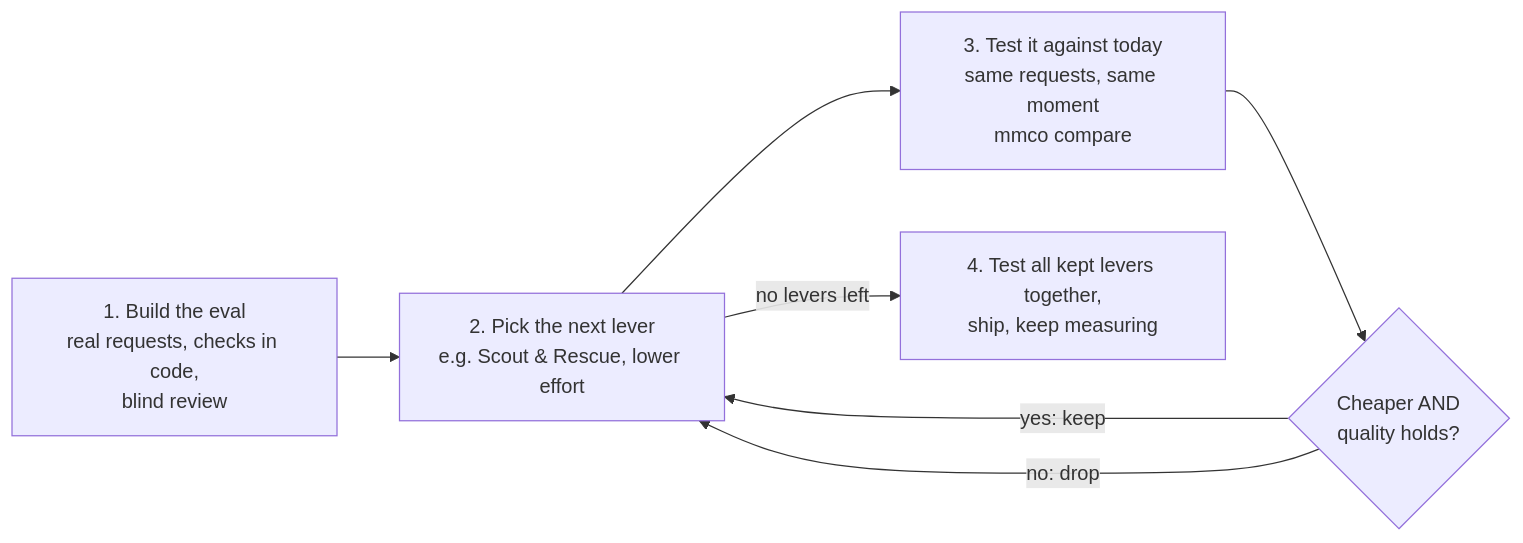
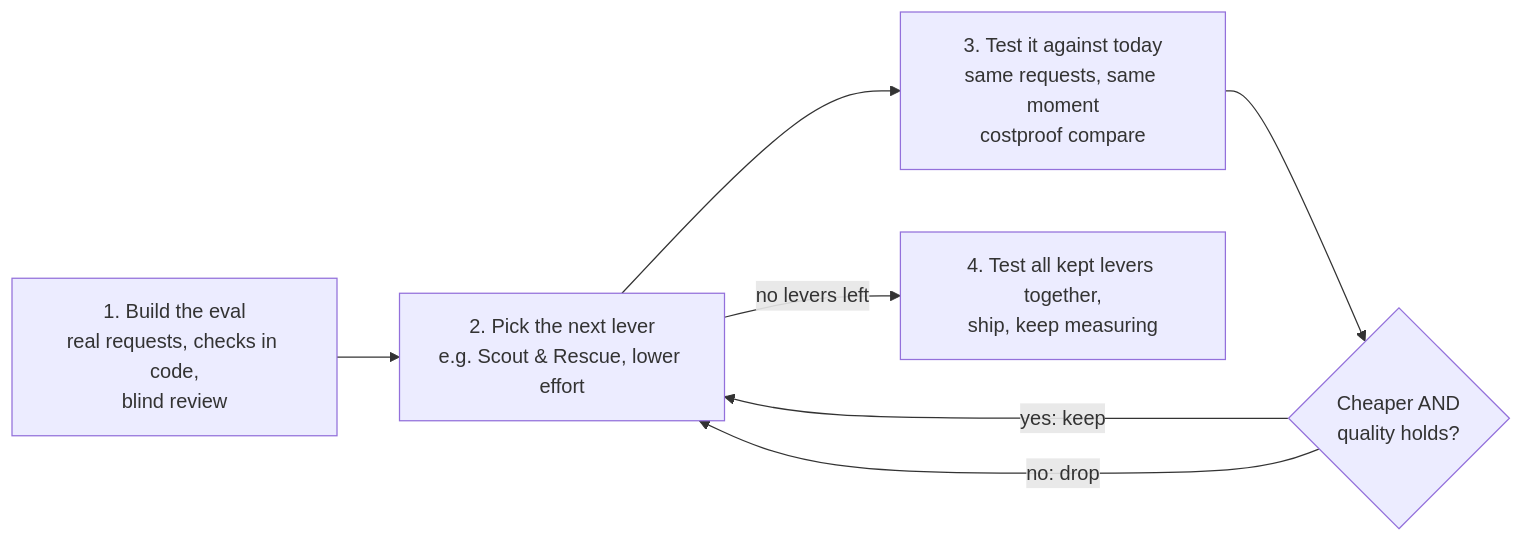
The second of 2 diagrams in README.md (AndyJakob78/valueproof), drawn with Mermaid before and after one commit. The commit also changed other lines of this file and 25 other files, not shown here.

````diff
--- a/README.md
+++ b/README.md
@@ -196,9 +196,9 @@
 ```mermaid
 flowchart LR
     E["1. Build the eval<br/>real requests, checks in code,<br/>blind review"] --> L["2. Pick the next lever<br/>e.g. Scout & Rescue, lower effort"]
-    L --> T["3. Test it against today<br/>same requests, same moment<br/>mmco compare"]
+    L --> T["3. Test it against today<br/>same requests, same moment<br/>costproof compare"]
     T --> D{"Cheaper AND<br/>quality holds?"}
     D -- "yes: keep" --> L
     D -- "no: drop" --> L
     L -- "no levers left" --> S["4. Test all kept levers together,<br/>ship, keep measuring"]
 ```
````
